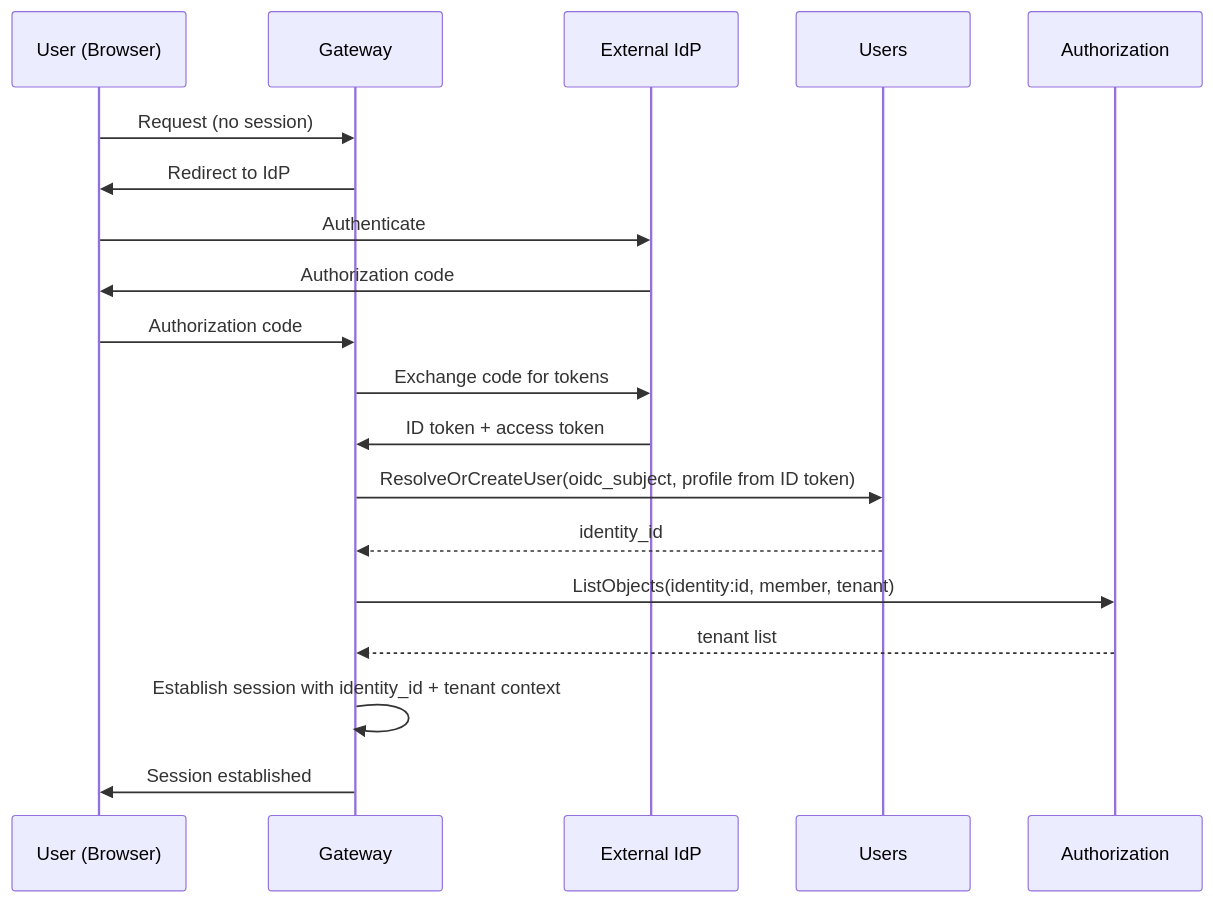
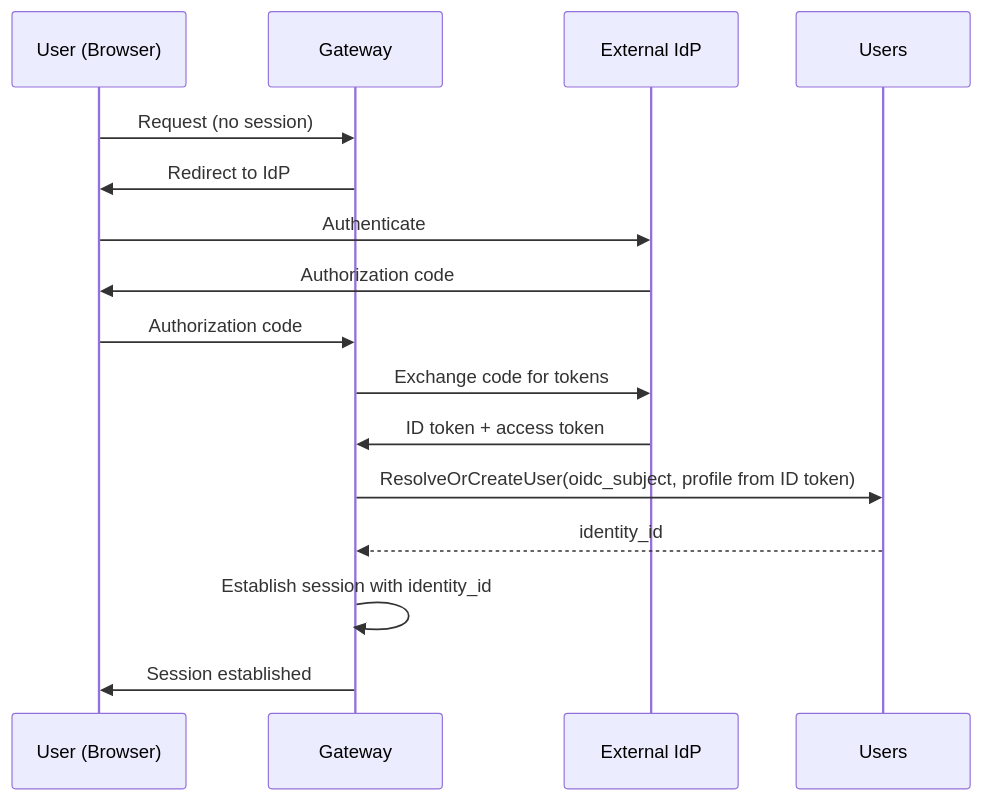
One commit to agynio/architecture changed the first of 3 diagrams in architecture/authn.md. Above: the diagram before and after it, drawn with Mermaid. The commit also changed other lines of this file and 4 other files, not shown here.

````diff
--- a/architecture/authn.md
+++ b/architecture/authn.md
@@ -40,22 +40,19 @@
 ```mermaid
 sequenceDiagram
     participant U as User (Browser)
     participant GW as Gateway
     participant IdP as External IdP
     participant US as Users
-    participant AZ as Authorization
 
     U->>GW: Request (no session)
     GW->>U: Redirect to IdP
     U->>IdP: Authenticate
     IdP->>U: Authorization code
     U->>GW: Authorization code
     GW->>IdP: Exchange code for tokens
     IdP->>GW: ID token + access token
     GW->>US: ResolveOrCreateUser(oidc_subject, profile from ID token)
     US-->>GW: identity_id
-    GW->>AZ: ListObjects(identity:id, member, tenant)
-    AZ-->>GW: tenant list
-    GW->>GW: Establish session with identity_id + tenant context
+    GW->>GW: Establish session with identity_id
     GW->>U: Session established
 ```
````
